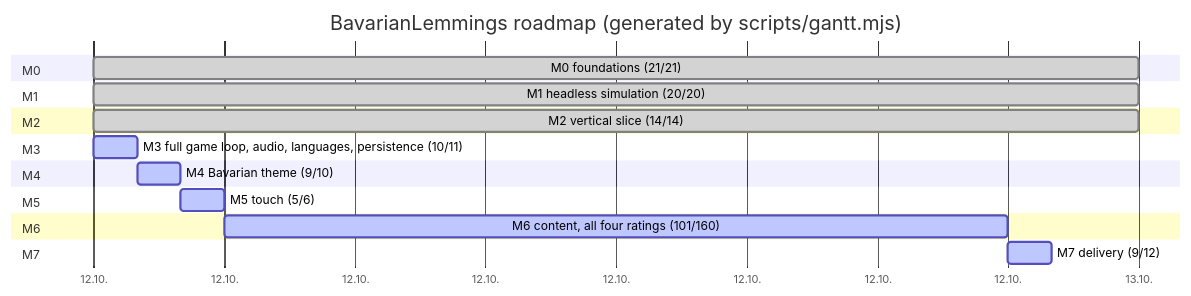
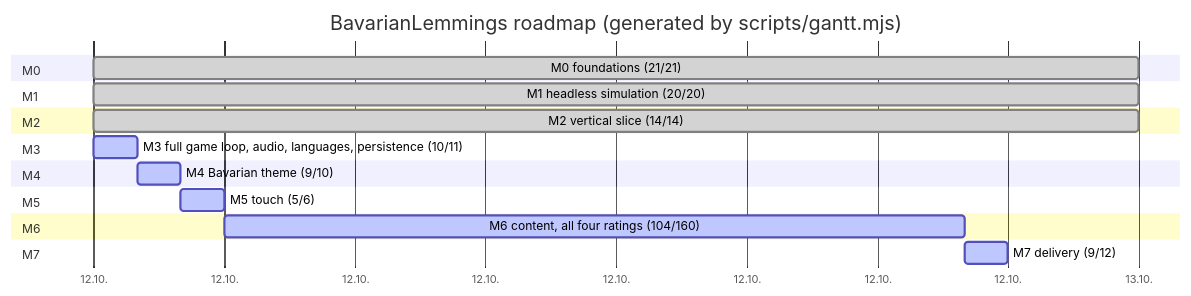
Before and after one commit to marcelpetrick/BavarianLemmings: the diagram in plan.md, drawn with Mermaid. The commit also changed other lines of this file and 12 other files, not shown here.

````diff
--- a/plan.md
+++ b/plan.md
@@ -43,22 +43,22 @@
 ```mermaid
 gantt
     title BavarianLemmings roadmap (generated by scripts/gantt.mjs)
     dateFormat  YYYY-MM-DD
     axisFormat  %d.%m.
     section M0
     M0 foundations (21/21) :done, m0, 2026-10-12, 1d
     section M1
     M1 headless simulation (20/20) :done, m1, 2026-10-12, 1d
     section M2
     M2 vertical slice (14/14) :done, m2, 2026-10-12, 1d
     section M3
     M3 full game loop, audio, languages, persistence (10/11) :active, m3, 2026-10-12, 1h
     section M4
     M4 Bavarian theme (9/10) :active, m4, after m3, 1h
     section M5
     M5 touch (5/6) :active, m5, after m4, 1h
     section M6
-    M6 content, all four ratings (101/160) :active, m6, after m5, 18h
+    M6 content, all four ratings (104/160) :active, m6, after m5, 17h
     section M7
     M7 delivery (9/12) :active, m7, after m6, 1h
 ```
````
